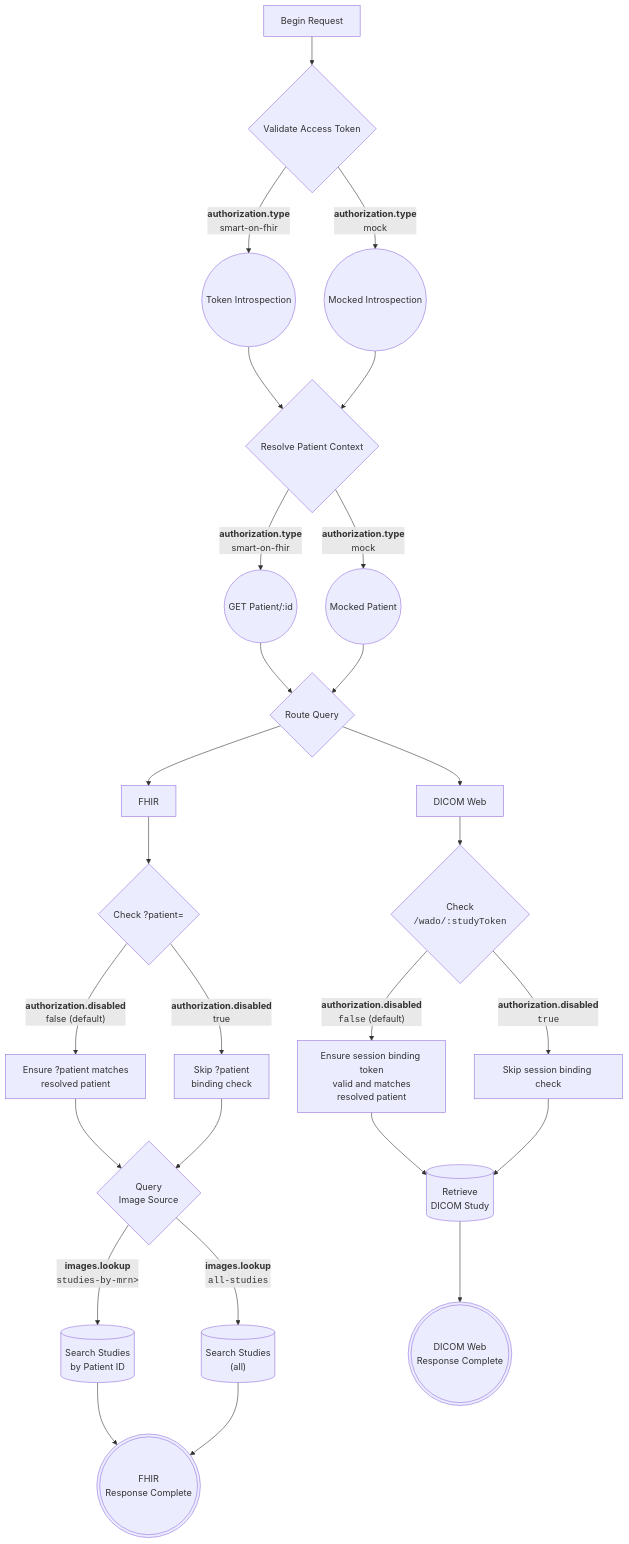
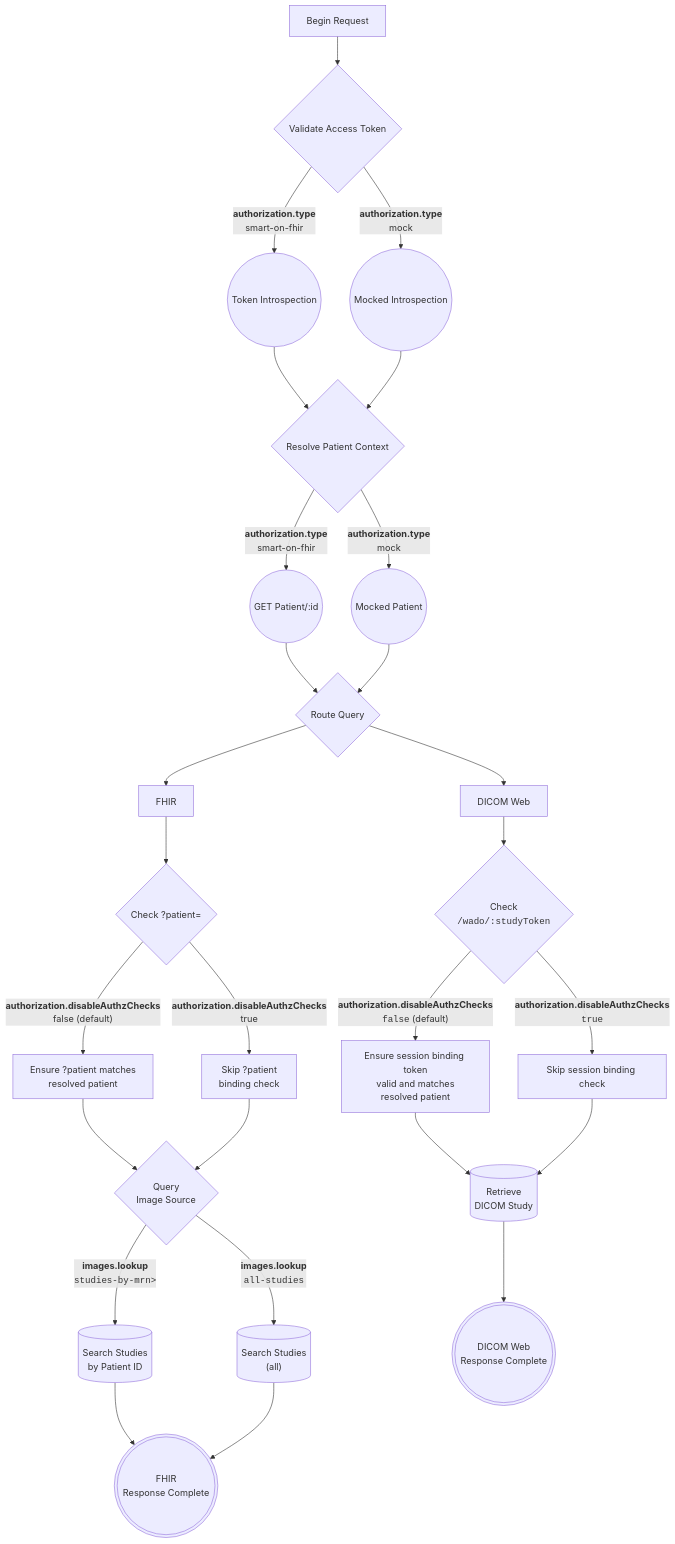
One commit to jmandel/smart-imaging changed the second of 2 diagrams in README.md. Above: the diagram before and after it, drawn with Mermaid. The commit also changed other lines of this file, not shown here.

Commit message:
Update docs with disableAuthzChecks prop

````diff
--- a/README.md
+++ b/README.md
@@ -70,35 +70,35 @@
 ```mermaid
 flowchart TB
     A[Begin Request] --> AccessTokenValidation{Validate Access Token}
     AccessTokenValidation -->|<b>authorization.type</b><br>smart-on-fhir| TokenIntrospection((Token Introspection))
     AccessTokenValidation -->|<b>authorization.type</b><br>mock| MockIntrospection((Mocked Introspection))
     TokenIntrospection --> ResolvePatientContext{Resolve Patient Context}
     MockIntrospection --> ResolvePatientContext
     ResolvePatientContext -->|<b>authorization.type</b><br>smart-on-fhir| GetPatient((GET Patient/:id))
     ResolvePatientContext -->|<b>authorization.type</b><br>mock| MockResolver((Mocked Patient))
 
     GetPatient --> RouteQuery{Route Query}
     MockResolver --> RouteQuery
 
     RouteQuery --> FHIRQuery[FHIR]
     RouteQuery --> DICOMQuery[DICOM Web]
 
     FHIRQuery --> CheckFHIRPatientBinding{Check ?patient=}
-    CheckFHIRPatientBinding -->|"<b>authorization.disabled</b><br>false (default)"| EnsurePatientProperty[Ensure ?patient matches<br>resolved patient]
-    CheckFHIRPatientBinding -->|<b>authorization.disabled</b><br>true| SkipPatientBindingCheck[Skip ?patient<br>binding check]
+    CheckFHIRPatientBinding -->|"<b>authorization.disableAuthzChecks</b><br>false (default)"| EnsurePatientProperty[Ensure ?patient matches<br>resolved patient]
+    CheckFHIRPatientBinding -->|<b>authorization.disableAuthzChecks</b><br>true| SkipPatientBindingCheck[Skip ?patient<br>binding check]
     EnsurePatientProperty --> RespondToFHIRQueries{Query<br>Image Source}
     SkipPatientBindingCheck --> RespondToFHIRQueries
     RespondToFHIRQueries -->|"<b>images.lookup</b><br><code>studies-by-mrn>"| PatientBinding[(Search Studies<br>by Patient ID)]
     RespondToFHIRQueries -->|"<b>images.lookup</b><br><code>all-studies</code>"| AllStudiesOnServer[("Search Studies<br>(all)")]
 
     PatientBinding --> FHIRResponseComplete(((FHIR<br>Response Complete)))
     AllStudiesOnServer --> FHIRResponseComplete
 
     DICOMQuery --> CheckDICOMSessionBinding{Check<br><code>/wado/:studyToken</code>}
-    CheckDICOMSessionBinding -->|"<b>authorization.disabled</b><br><code>false</code> (default)"|CheckSessionBindingToken[Ensure session binding token<br>valid and matches<br>resolved patient]
-    CheckDICOMSessionBinding -->|"<b>authorization.disabled</b><br><code>true</code>"| SkipSessionBindingCheck[Skip session binding check]
+    CheckDICOMSessionBinding -->|"<b>authorization.disableAuthzChecks</b><br><code>false</code> (default)"|CheckSessionBindingToken[Ensure session binding token<br>valid and matches<br>resolved patient]
+    CheckDICOMSessionBinding -->|"<b>authorization.disableAuthzChecks</b><br><code>true</code>"| SkipSessionBindingCheck[Skip session binding check]
     CheckSessionBindingToken --> DICOMWebResponseGeneration[(Retrieve<br>DICOM Study)]
     SkipSessionBindingCheck --> DICOMWebResponseGeneration
     DICOMWebResponseGeneration --> DICOMWebResponseComplete(((DICOM Web<br>Response Complete)))
 
 ```
````
